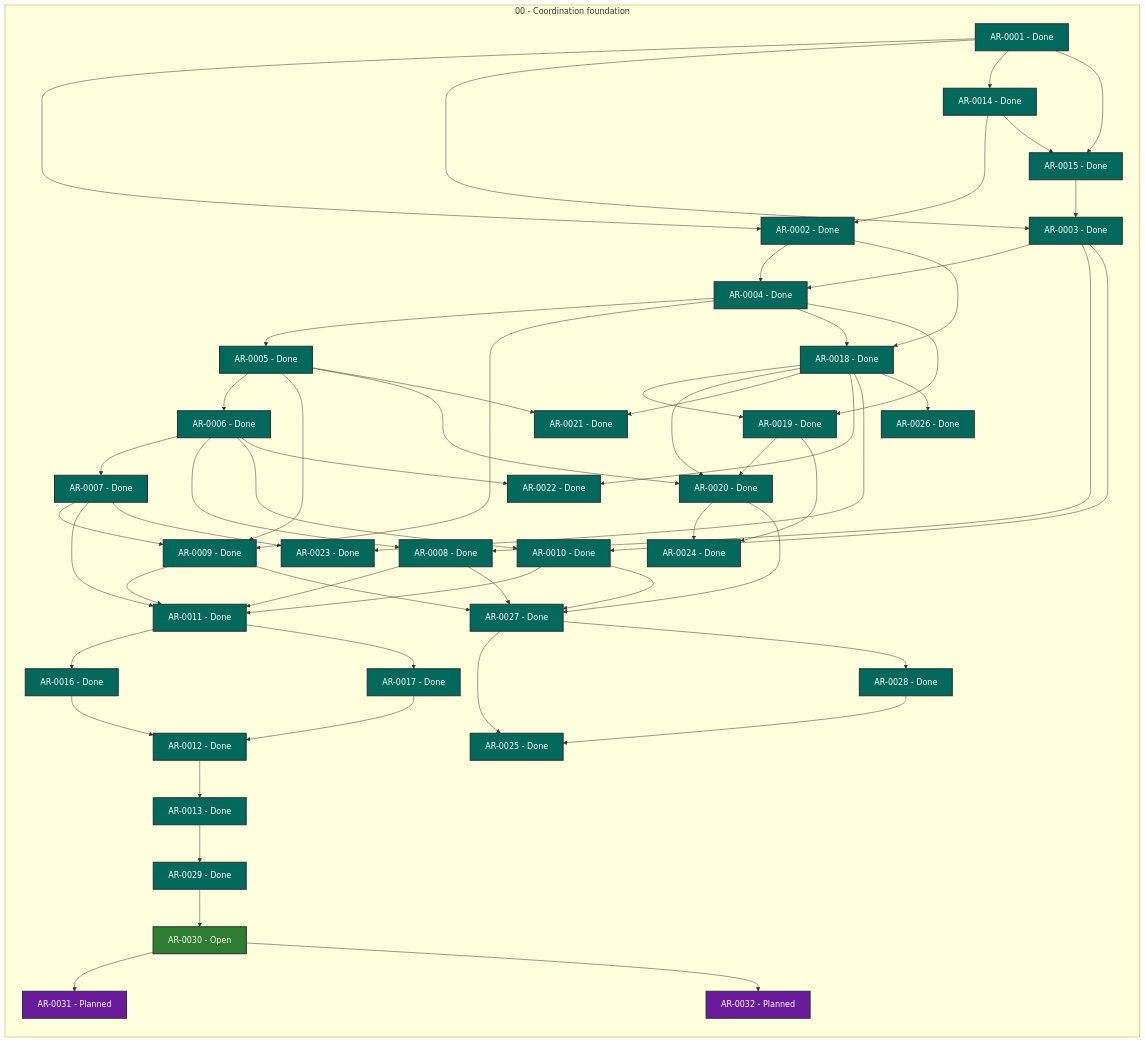
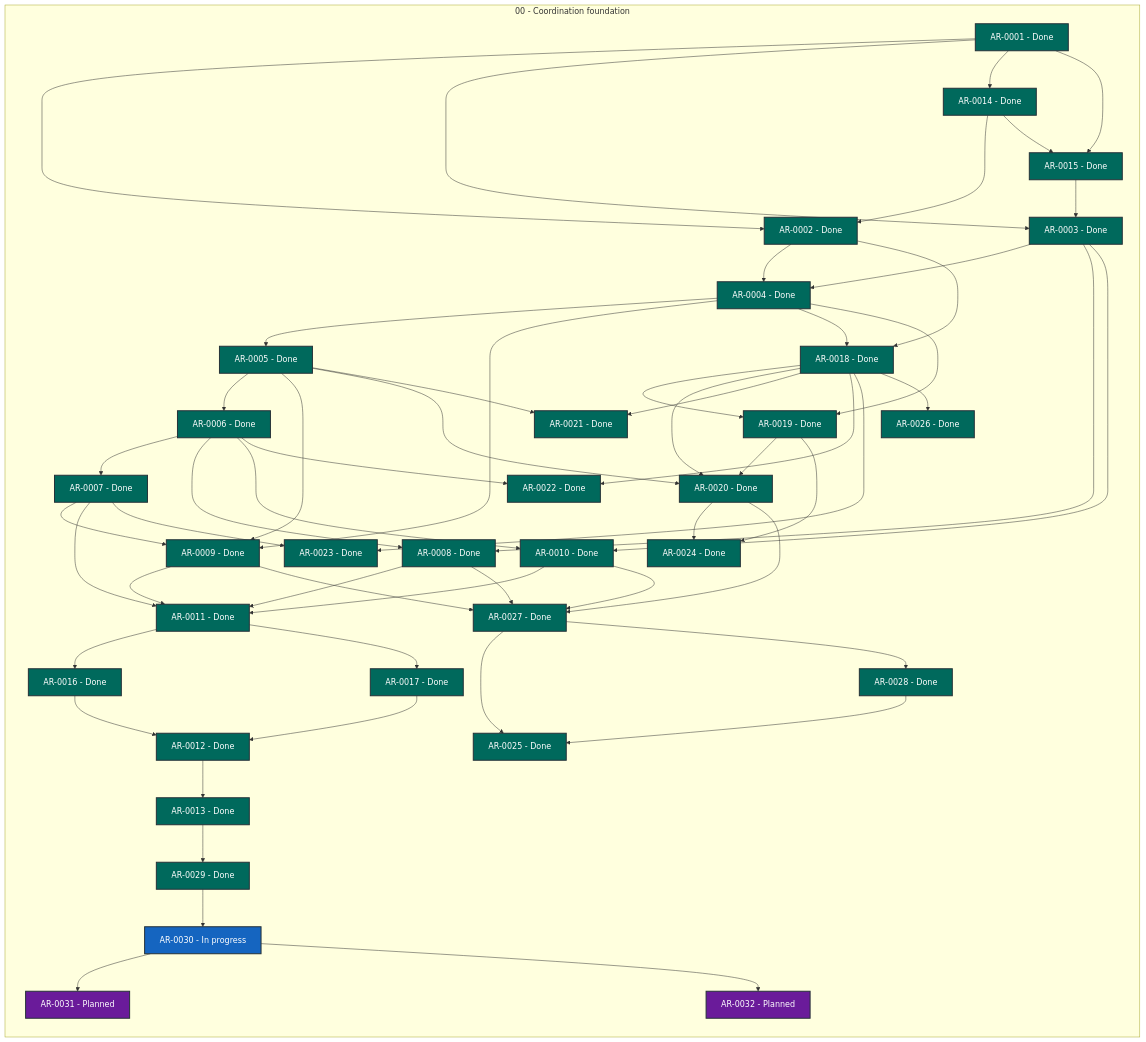
Before and after one commit to martin-beck/agent-workflow-tui-state: the diagram in STATUS.md, drawn with Mermaid. The commit also changed other lines of this file and 2 other files, not shown here.

```diff
--- a/STATUS.md
+++ b/STATUS.md
@@ -57,7 +57,7 @@
         AR_0027["AR-0027 - Done"]:::status_done
         AR_0028["AR-0028 - Done"]:::status_done
         AR_0029["AR-0029 - Done"]:::status_done
-        AR_0030["AR-0030 - Open"]:::status_open
+        AR_0030["AR-0030 - In progress"]:::status_in_progress
         AR_0031["AR-0031 - Planned"]:::status_planned
         AR_0032["AR-0032 - Planned"]:::status_planned
     end
```
